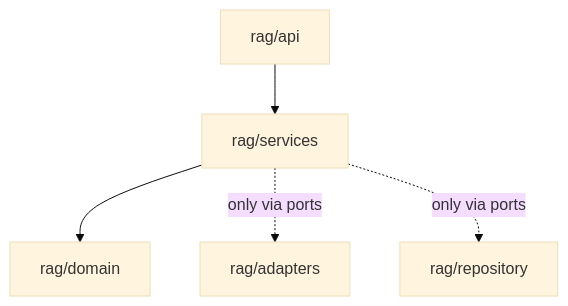
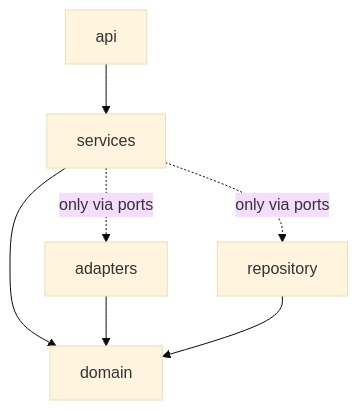
One commit to hadifar/rag changed the second of 4 diagrams in docs/architecture.md. Above: the diagram before and after it, drawn with Mermaid (base theme). The commit also changed other lines of this file and 17 other files, not shown here.

Commit message:
refactor: improve frontend architecture and error handling in components

````diff
--- a/docs/architecture.md
+++ b/docs/architecture.md
@@ -47,13 +47,15 @@
 ```mermaid
 graph TD
-    api[rag/api]
-    services[rag/services]
-    domain[rag/domain]
-    adapters[rag/adapters]
-    repository[rag/repository]
+    api[api]
+    services[services]
+    domain[domain]
+    adapters[adapters]
+    repository[repository]
 
     api --> services
     services --> domain
     services -.->|only via ports| adapters
     services -.->|only via ports| repository
+    adapters --> domain
+    repository --> domain
 ```
````
